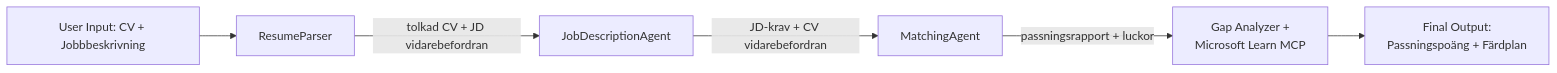
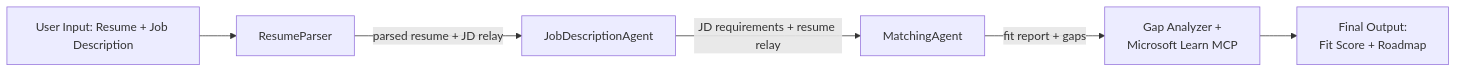
The diagram in translations/sv/workshop/lab02-multi-agent/PersonalCareerCopilot/README.md (microsoft-foundry/Foundry_Toolkit_for_VSCode_Lab), drawn with Mermaid before and after one commit. The commit also changed other lines of this file and 74 other files, not shown here.

````diff
--- a/translations/sv/workshop/lab02-multi-agent/PersonalCareerCopilot/README.md
+++ b/translations/sv/workshop/lab02-multi-agent/PersonalCareerCopilot/README.md
@@ -18,8 +18,8 @@
 ```mermaid
 flowchart LR
-    UserInput["User Input: CV + Jobbbeskrivning"] --> ResumeParser
-    ResumeParser -- "tolkad CV + JD vidarebefordran" --> JobDescriptionAgent
-    JobDescriptionAgent -- "JD-krav + CV vidarebefordran" --> MatchingAgent
-    MatchingAgent -- "passningsrapport + luckor" --> GapAnalyzerMCP["Gap Analyzer +\nMicrosoft Learn MCP"]
-    GapAnalyzerMCP --> FinalOutput["Final Output:\nPassningspoäng + Färdplan"]
+    UserInput["User Input: Resume + Job Description"] --> ResumeParser
+    ResumeParser -- "parsed resume + JD relay" --> JobDescriptionAgent
+    JobDescriptionAgent -- "JD requirements + resume relay" --> MatchingAgent
+    MatchingAgent -- "fit report + gaps" --> GapAnalyzerMCP["Gap Analyzer +\nMicrosoft Learn MCP"]
+    GapAnalyzerMCP --> FinalOutput["Final Output:\nFit Score + Roadmap"]
 ```
````
